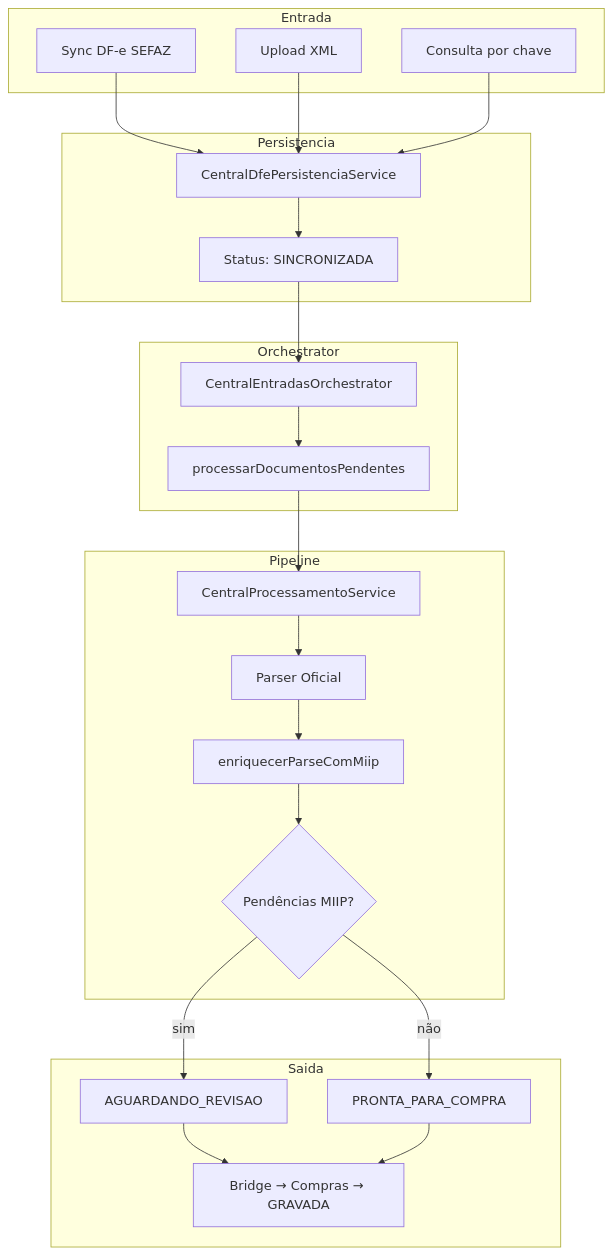
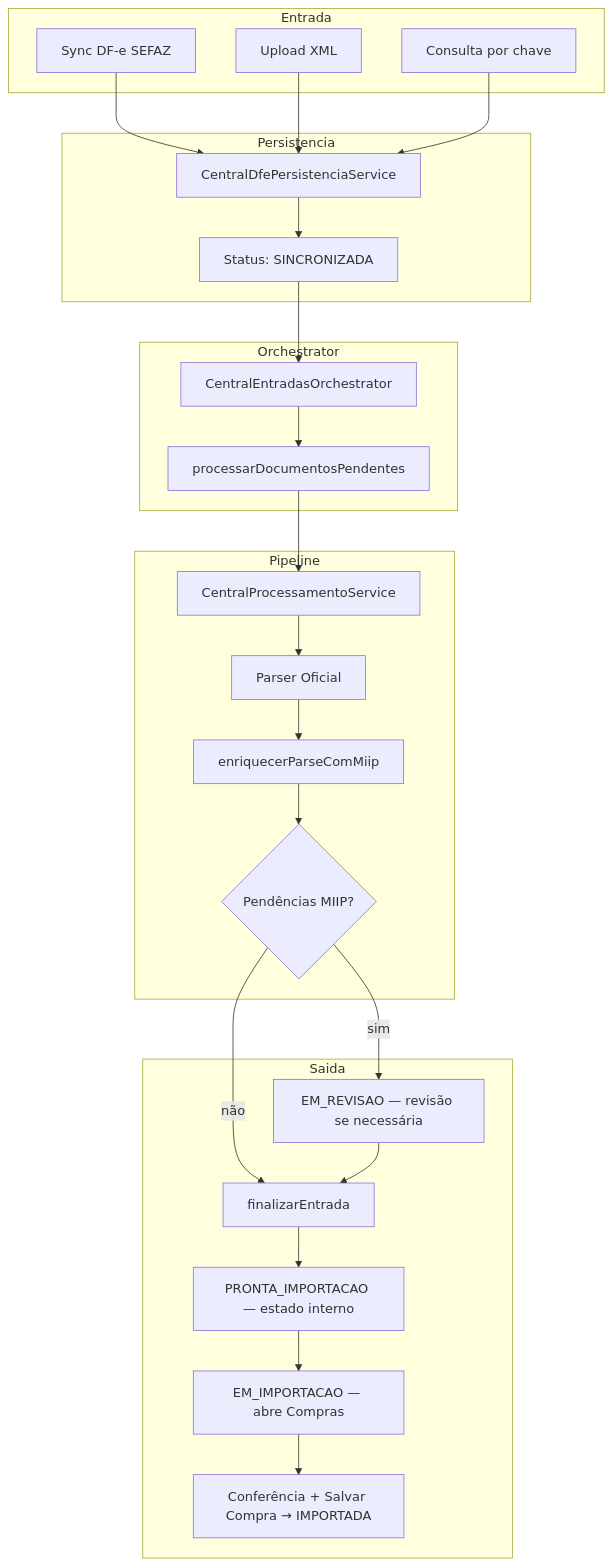
One commit to cicerodiego888-a11y/CDS-SISTEMAS-INTELIGENTE changed the diagram in docs/fiscal/CENTRAL_ENTRADAS_ARQUITETURA.md. Above: the diagram before and after it, drawn with Mermaid. The commit also changed other lines of this file and 36 other files, not shown here.

````diff
--- a/docs/fiscal/CENTRAL_ENTRADAS_ARQUITETURA.md
+++ b/docs/fiscal/CENTRAL_ENTRADAS_ARQUITETURA.md
@@ -103,44 +103,48 @@
 ```mermaid
 flowchart TB
     subgraph Entrada
         DFE[Sync DF-e SEFAZ]
         UPLOAD[Upload XML]
         CHAVE[Consulta por chave]
     end
 
     subgraph Persistencia
         PERS[CentralDfePersistenciaService]
         SINCRONIZADA[Status: SINCRONIZADA]
     end
 
     subgraph Orchestrator
         ORCH[CentralEntradasOrchestrator]
         AUTO[processarDocumentosPendentes]
     end
 
     subgraph Pipeline
         PROC[CentralProcessamentoService]
         PARSE[Parser Oficial]
         MIIP[enriquecerParseComMiip]
         STATUS{Pendências MIIP?}
     end
 
     subgraph Saida
-        REV[AGUARDANDO_REVISAO]
-        PRONTA[PRONTA_PARA_COMPRA]
-        COMPRAS[Bridge → Compras → GRAVADA]
+        REV[EM_REVISAO — revisão se necessária]
+        FIN[finalizarEntrada]
+        PRONTA[PRONTA_IMPORTACAO — estado interno]
+        IMPORT[EM_IMPORTACAO — abre Compras]
+        COMPRAS[Conferência + Salvar Compra → IMPORTADA]
     end
 
     DFE --> PERS
     UPLOAD --> PERS
     CHAVE --> PERS
     PERS --> SINCRONIZADA
     SINCRONIZADA --> ORCH
     ORCH --> AUTO
     AUTO --> PROC
     PROC --> PARSE --> MIIP --> STATUS
     STATUS -->|sim| REV
-    STATUS -->|não| PRONTA
-    REV --> COMPRAS
-    PRONTA --> COMPRAS
+    STATUS -->|não| FIN
+    REV --> FIN
+    FIN --> PRONTA
+    PRONTA --> IMPORT
+    IMPORT --> COMPRAS
 ```
````
